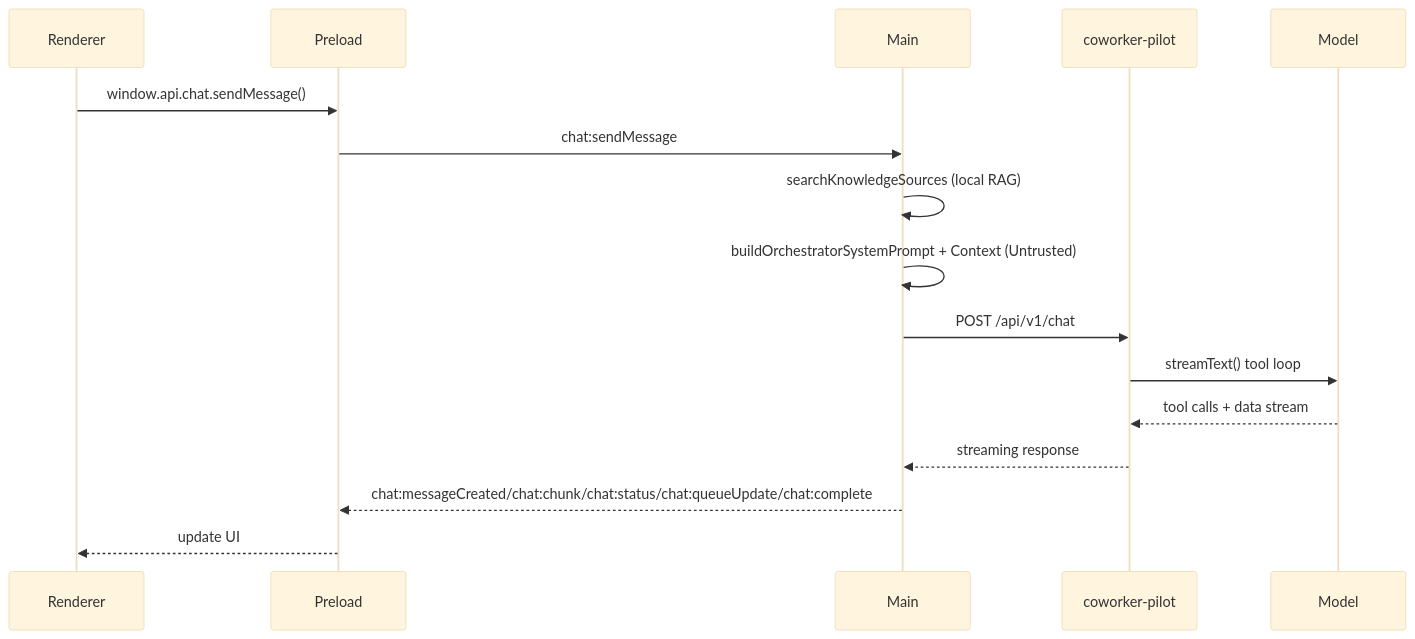
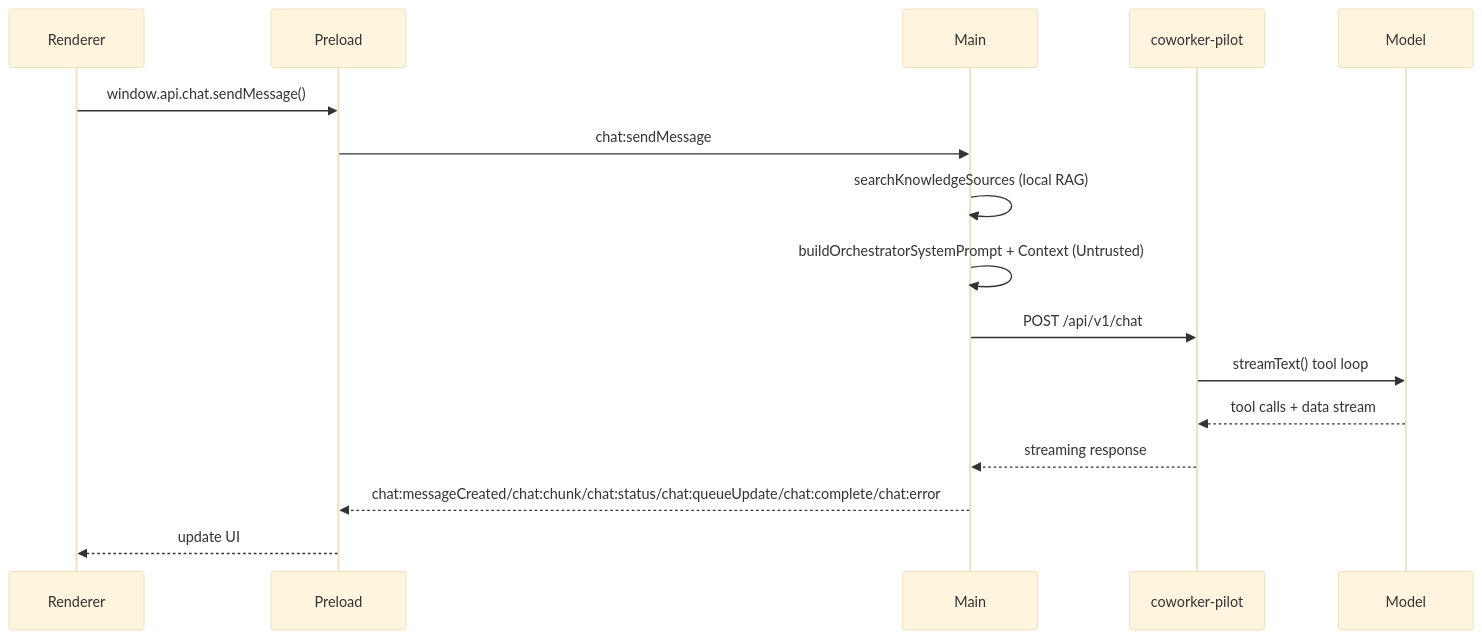
One commit to alecmccauley/coworker changed the diagram in docs/techical_summary.md. Above: the diagram before and after it, drawn with Mermaid (base theme). The commit also changed other lines of this file and 9 other files, not shown here.

````diff
--- a/docs/techical_summary.md
+++ b/docs/techical_summary.md
@@ -152,19 +158,19 @@
 ```mermaid
 sequenceDiagram
   participant Renderer
   participant Preload
   participant Main
   participant API as coworker-pilot
   participant Model
 
   Renderer->>Preload: window.api.chat.sendMessage()
   Preload->>Main: chat:sendMessage
   Main->>Main: searchKnowledgeSources (local RAG)
   Main->>Main: buildOrchestratorSystemPrompt + Context (Untrusted)
   Main->>API: POST /api/v1/chat
   API->>Model: streamText() tool loop
   Model-->>API: tool calls + data stream
   API-->>Main: streaming response
-  Main-->>Preload: chat:messageCreated/chat:chunk/chat:status/chat:queueUpdate/chat:complete
+  Main-->>Preload: chat:messageCreated/chat:chunk/chat:status/chat:queueUpdate/chat:complete/chat:error
   Preload-->>Renderer: update UI
 ```
````
